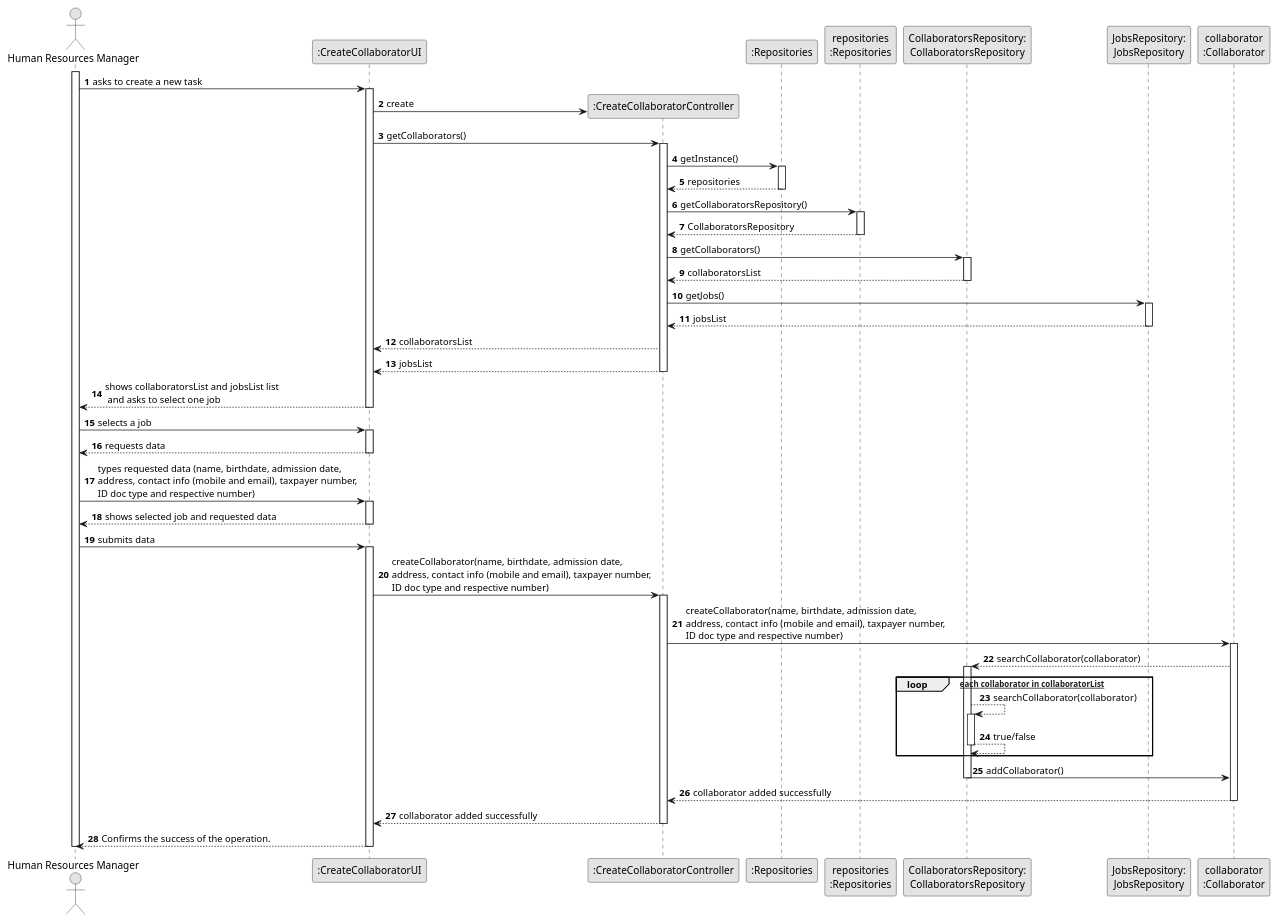
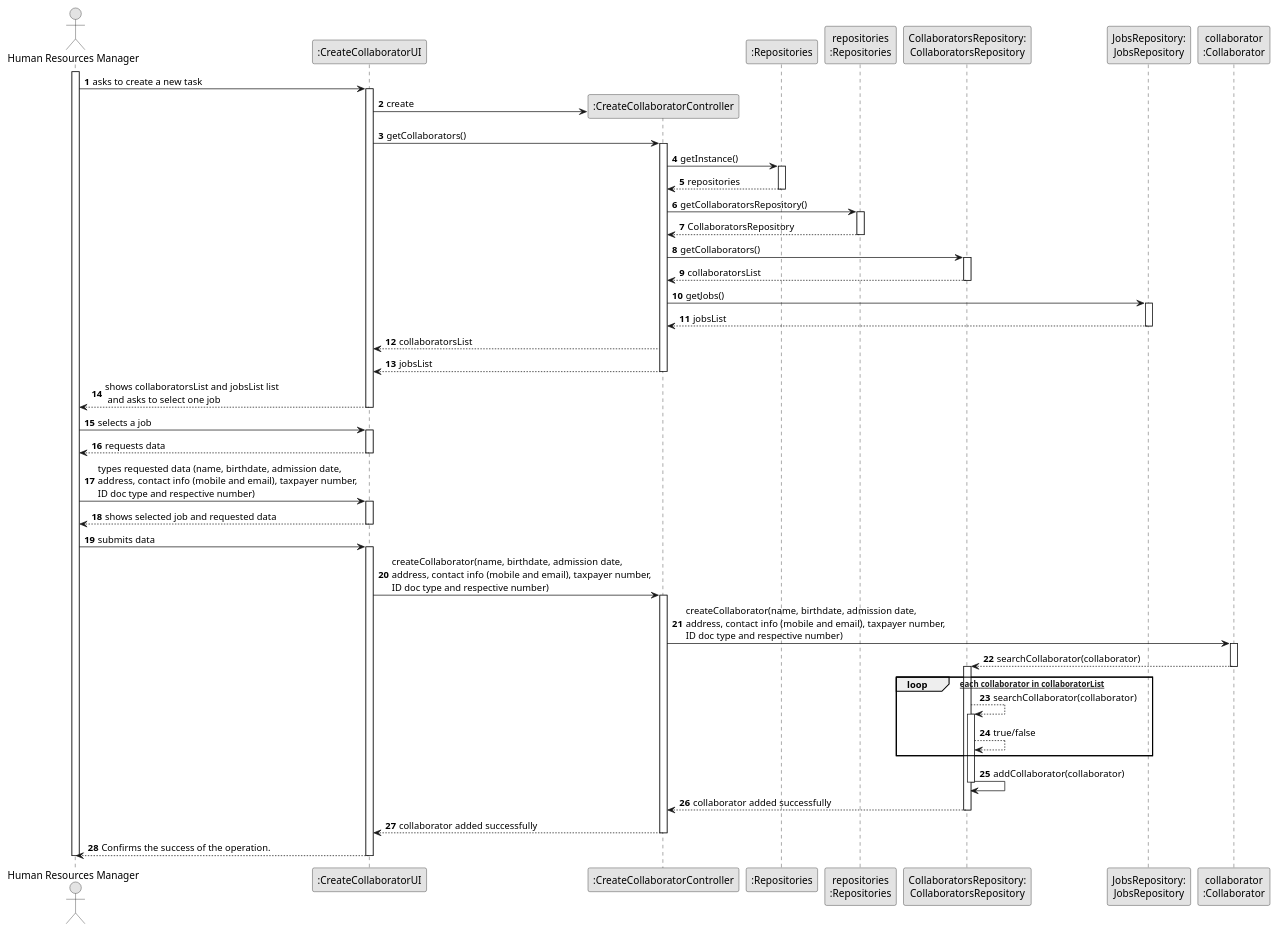
One commit to SAEmanuel/Green_Spaces_Management_ISEP changed the diagram in docs/sprintB/us003/03.design/puml/us003-sequence-diagram-full.puml. Above: the diagram before and after it, drawn with PlantUML.

Commit message:
US3 Sequence diagram second draft

```diff
--- a/docs/sprintB/us003/03.design/puml/us003-sequence-diagram-full.puml
+++ b/docs/sprintB/us003/03.design/puml/us003-sequence-diagram-full.puml
@@ -1,107 +1,107 @@
 @startuml
 skinparam monochrome true
 skinparam packageStyle rectangle
 skinparam shadowing false
 
 autonumber
 
 'hide footbox
 actor "Human Resources Manager" as HRM
 participant ":CreateCollaboratorUI" as UI
 participant ":CreateCollaboratorController" as CTRL
 participant ":Repositories" as RepositorySingleton
 participant "repositories\n:Repositories" as PLAT
 participant "CollaboratorsRepository:\nCollaboratorsRepository" as CollaboratorsRepository
 participant "JobsRepository:\nJobsRepository" as JobsRepository
 participant "collaborator\n:Collaborator" as Collaborator
 
 activate HRM
 
         HRM -> UI : asks to create a new task
 
         activate UI
 
             UI -> CTRL** : create
 
             UI -> CTRL : getCollaborators()
             activate CTRL
 
                 CTRL -> RepositorySingleton : getInstance()
                 activate RepositorySingleton
 
                     RepositorySingleton --> CTRL: repositories
                 deactivate RepositorySingleton
 
                 CTRL -> PLAT : getCollaboratorsRepository()
                 activate PLAT
 
                     PLAT --> CTRL: CollaboratorsRepository
                 deactivate PLAT
 
                 CTRL -> CollaboratorsRepository : getCollaborators()
                 activate CollaboratorsRepository
 
                     CollaboratorsRepository --> CTRL : collaboratorsList
                 deactivate CollaboratorsRepository
 
                 CTRL -> JobsRepository : getJobs()
                 activate JobsRepository
 
                     JobsRepository --> CTRL : jobsList
                 deactivate JobsRepository
 
                 CTRL --> UI : collaboratorsList
                 CTRL --> UI : jobsList
             deactivate CTRL
 
             UI --> HRM : shows collaboratorsList and jobsList list\n and asks to select one job
         deactivate UI
 
     HRM -> UI : selects a job
     activate UI
 
         UI --> HRM : requests data
     deactivate UI
 
     HRM -> UI : types requested data (name, birthdate, admission date,\naddress, contact info (mobile and email), taxpayer number,\nID doc type and respective number)
     activate UI
 
         UI --> HRM : shows selected job and requested data
     deactivate UI
 
     HRM -> UI : submits data
     activate UI
 
         UI -> CTRL : createCollaborator(name, birthdate, admission date,\naddress, contact info (mobile and email), taxpayer number,\nID doc type and respective number)
         activate CTRL
 
             CTRL -> Collaborator : createCollaborator(name, birthdate, admission date,\naddress, contact info (mobile and email), taxpayer number,\nID doc type and respective number)
             activate Collaborator
 
             Collaborator --> CollaboratorsRepository : searchCollaborator(collaborator)
+            deactivate Collaborator
             activate CollaboratorsRepository
 
             loop [for each collaborator in collaboratorList]
                 CollaboratorsRepository --> CollaboratorsRepository: searchCollaborator(collaborator)
                 activate CollaboratorsRepository
                     CollaboratorsRepository --> CollaboratorsRepository: true/false
-                deactivate CollaboratorsRepository
             end
 
-            CollaboratorsRepository -> Collaborator : addCollaborator()
+            CollaboratorsRepository -> CollaboratorsRepository : addCollaborator(collaborator)
                             deactivate CollaboratorsRepository
 
-        Collaborator --> CTRL : collaborator added successfully
+        CollaboratorsRepository --> CTRL : collaborator added successfully
         deactivate CollaboratorsRepository
         deactivate Collaborator
 
         CTRL --> UI: collaborator added successfully
         deactivate CTRL
 
         UI --> HRM: Confirms the success of the operation.
 
     deactivate UI
 
 deactivate HRM
 
 @enduml
```
